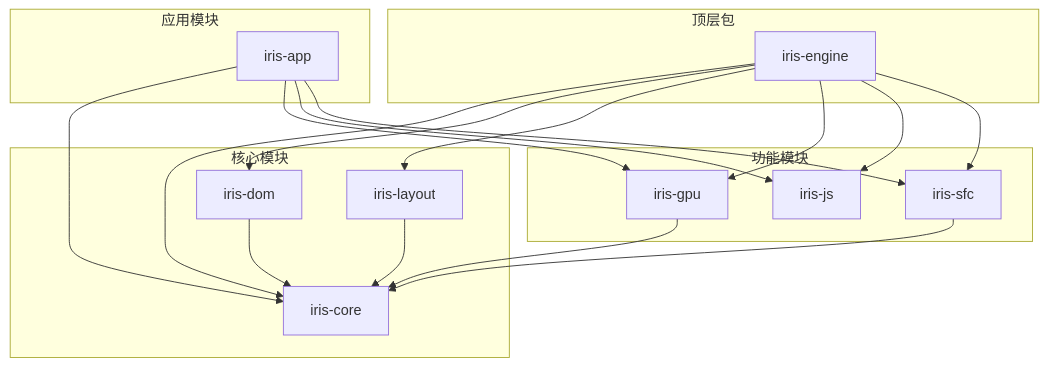
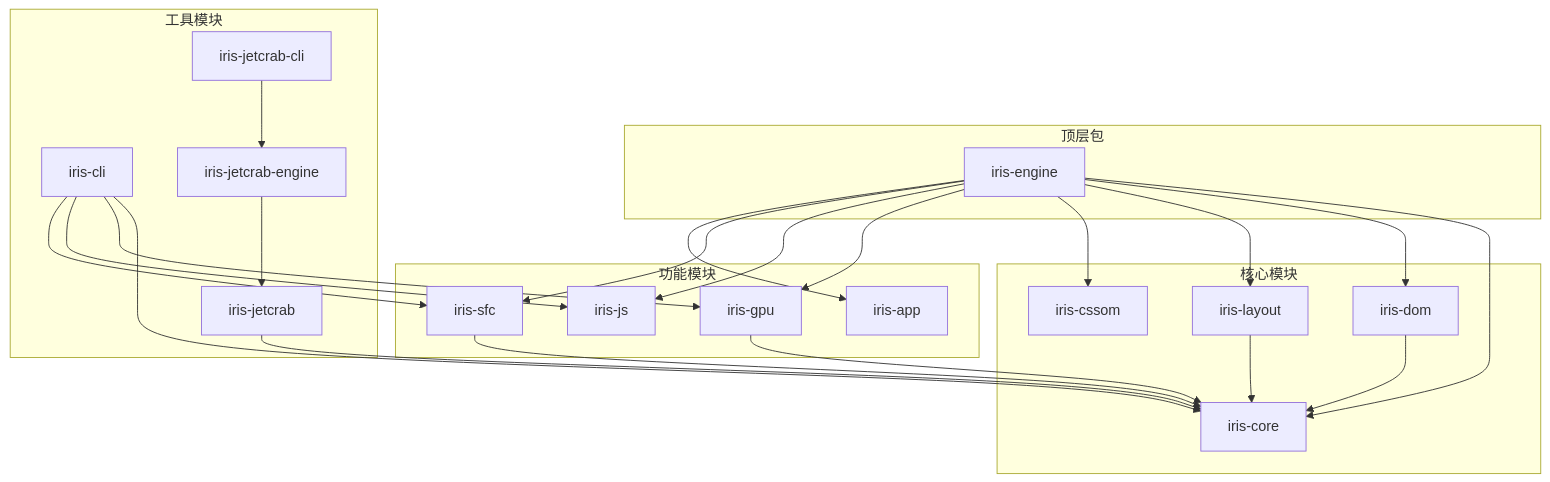
The fifth of 7 diagrams in .qoder/repowiki/zh/content/部署与配置/Cargo优化自动化脚本.md (itszzl-sudo/iris), drawn with Mermaid before and after one commit. The commit also changed other lines of this file and 17 other files, not shown here.

````diff
--- a/.qoder/repowiki/zh/content/部署与配置/Cargo优化自动化脚本.md
+++ b/.qoder/repowiki/zh/content/部署与配置/Cargo优化自动化脚本.md
@@ -227,33 +234,43 @@
 ```mermaid
 graph TB
 subgraph "顶层包"
 A[iris-engine]
 end
 subgraph "核心模块"
 B[iris-core]
 C[iris-dom]
 D[iris-layout]
+E[iris-cssom]
 end
 subgraph "功能模块"
-E[iris-gpu]
-F[iris-js]
-G[iris-sfc]
+F[iris-gpu]
+G[iris-js]
+H[iris-sfc]
+I[iris-app]
 end
-subgraph "应用模块"
-H[iris-app]
+subgraph "工具模块"
+J[iris-cli]
+K[iris-jetcrab]
+L[iris-jetcrab-engine]
+M[iris-jetcrab-cli]
 end
 A --> B
 A --> C
 A --> D
 A --> E
 A --> F
 A --> G
+A --> H
+A --> I
+J --> B
+J --> F
+J --> G
+J --> H
+K --> B
+L --> K
+M --> L
 H --> B
-H --> E
-H --> F
-H --> G
-G --> B
-E --> B
+F --> B
 C --> B
 D --> B
 ```
````
